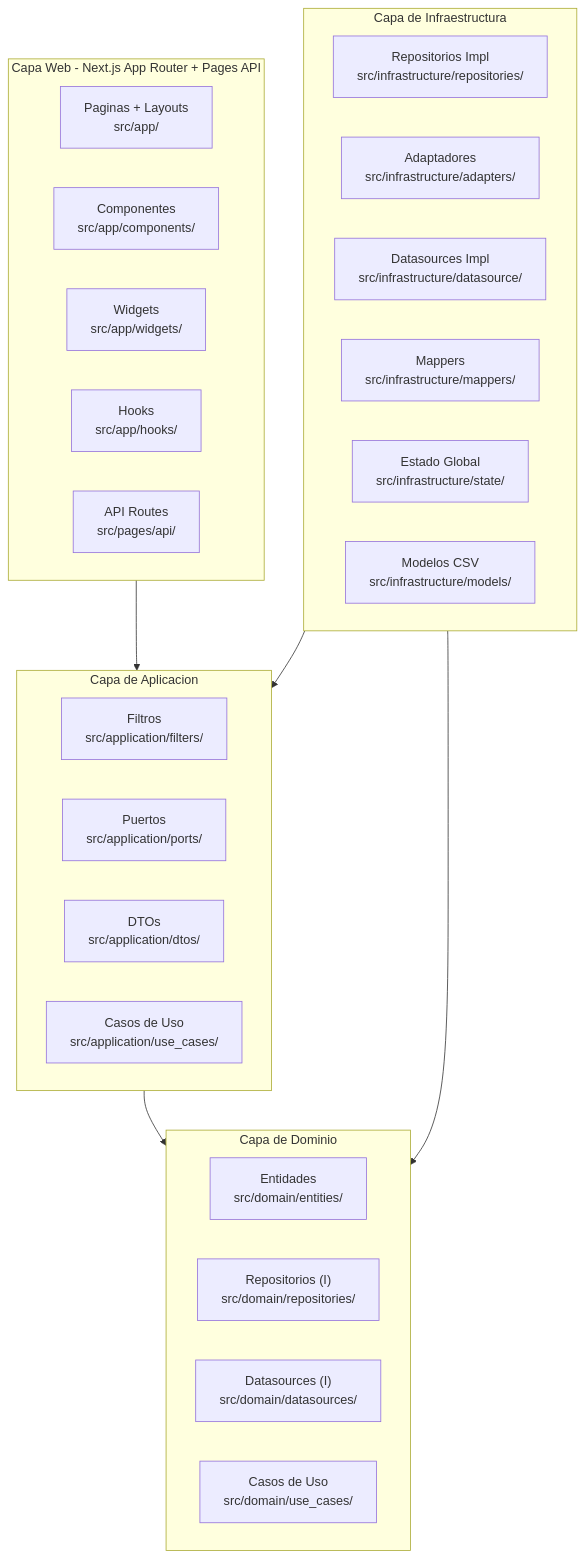
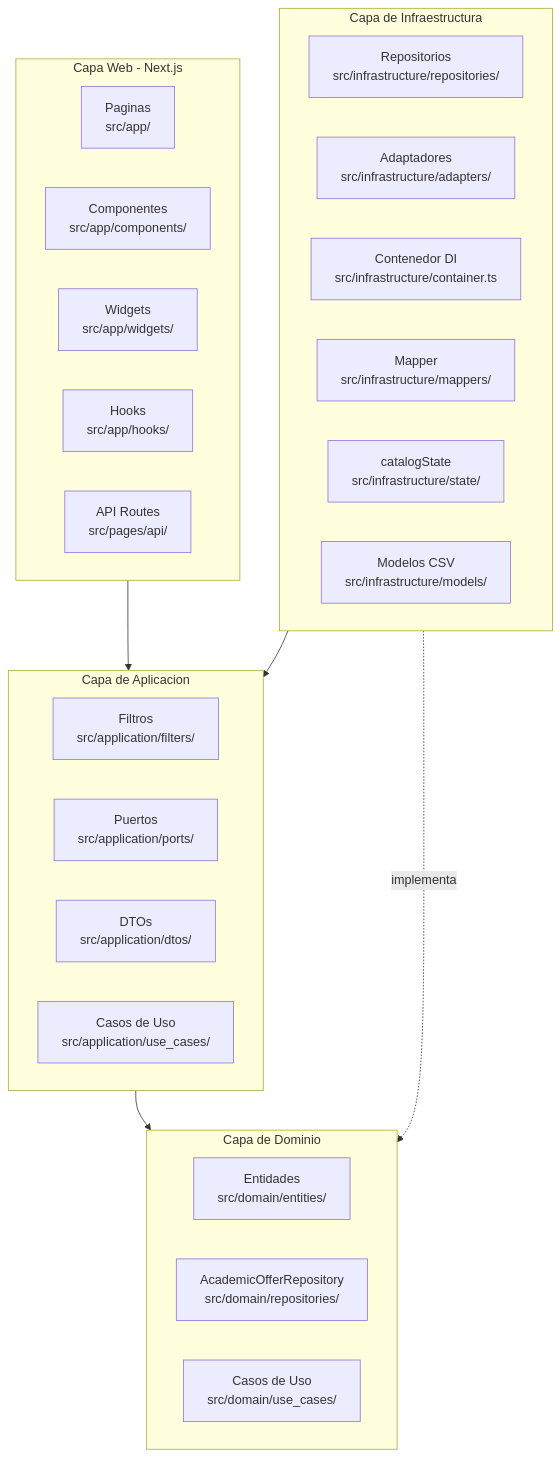
One commit to KiinMx/Kiin changed the first of 22 diagrams in docs/architecture.md. Above: the diagram before and after it, drawn with Mermaid. The commit also changed other lines of this file and 9 other files, not shown here.

````diff
--- a/docs/architecture.md
+++ b/docs/architecture.md
@@ -28,42 +31,41 @@
 ```mermaid
 graph TB
-    subgraph Web["Capa Web - Next.js App Router + Pages API"]
+    subgraph Web["Capa Web - Next.js"]
         direction LR
-        Pages["Paginas + Layouts<br/>src/app/"]
+        Pages["Paginas<br/>src/app/"]
         Components["Componentes<br/>src/app/components/"]
         Widgets["Widgets<br/>src/app/widgets/"]
         Hooks["Hooks<br/>src/app/hooks/"]
         API["API Routes<br/>src/pages/api/"]
     end
 
     subgraph App["Capa de Aplicacion"]
         direction LR
         Filters["Filtros<br/>src/application/filters/"]
         Ports["Puertos<br/>src/application/ports/"]
         DTOs["DTOs<br/>src/application/dtos/"]
         AppUC["Casos de Uso<br/>src/application/use_cases/"]
     end
 
     subgraph Domain["Capa de Dominio"]
         direction LR
         Entities["Entidades<br/>src/domain/entities/"]
-        Repos["Repositorios (I)<br/>src/domain/repositories/"]
-        DS["Datasources (I)<br/>src/domain/datasources/"]
+        Repos["AcademicOfferRepository<br/>src/domain/repositories/"]
         DomUC["Casos de Uso<br/>src/domain/use_cases/"]
     end
 
     subgraph Infra["Capa de Infraestructura"]
         direction LR
-        RepoImpl["Repositorios Impl<br/>src/infrastructure/repositories/"]
+        ReposImpl["Repositorios<br/>src/infrastructure/repositories/"]
         Adapters["Adaptadores<br/>src/infrastructure/adapters/"]
-        DSImpl["Datasources Impl<br/>src/infrastructure/datasource/"]
-        Mappers["Mappers<br/>src/infrastructure/mappers/"]
-        State["Estado Global<br/>src/infrastructure/state/"]
+        DI["Contenedor DI<br/>src/infrastructure/container.ts"]
+        Mapper["Mapper<br/>src/infrastructure/mappers/"]
+        State["catalogState<br/>src/infrastructure/state/"]
         Models["Modelos CSV<br/>src/infrastructure/models/"]
     end
 
     Web --> App
     App --> Domain
-    Infra --> Domain
+    Infra -.->|"implementa"| Domain
     Infra --> App
 ```
````
